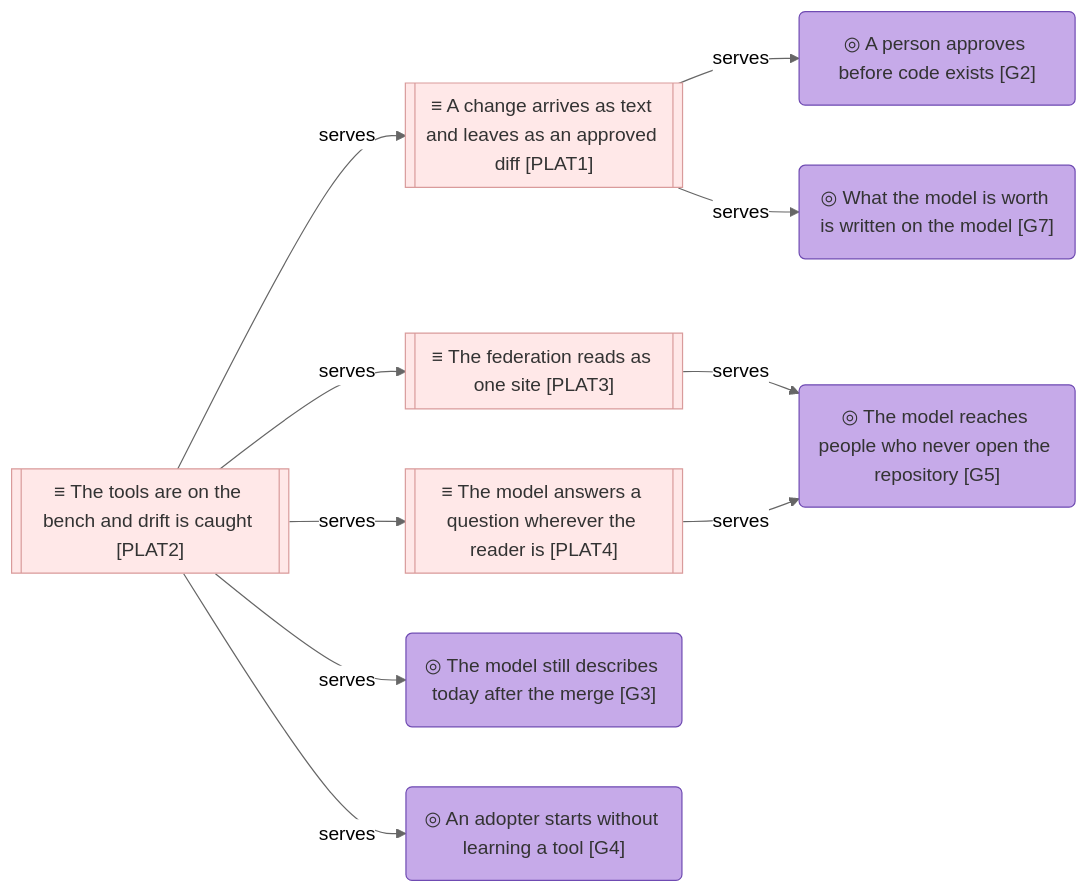
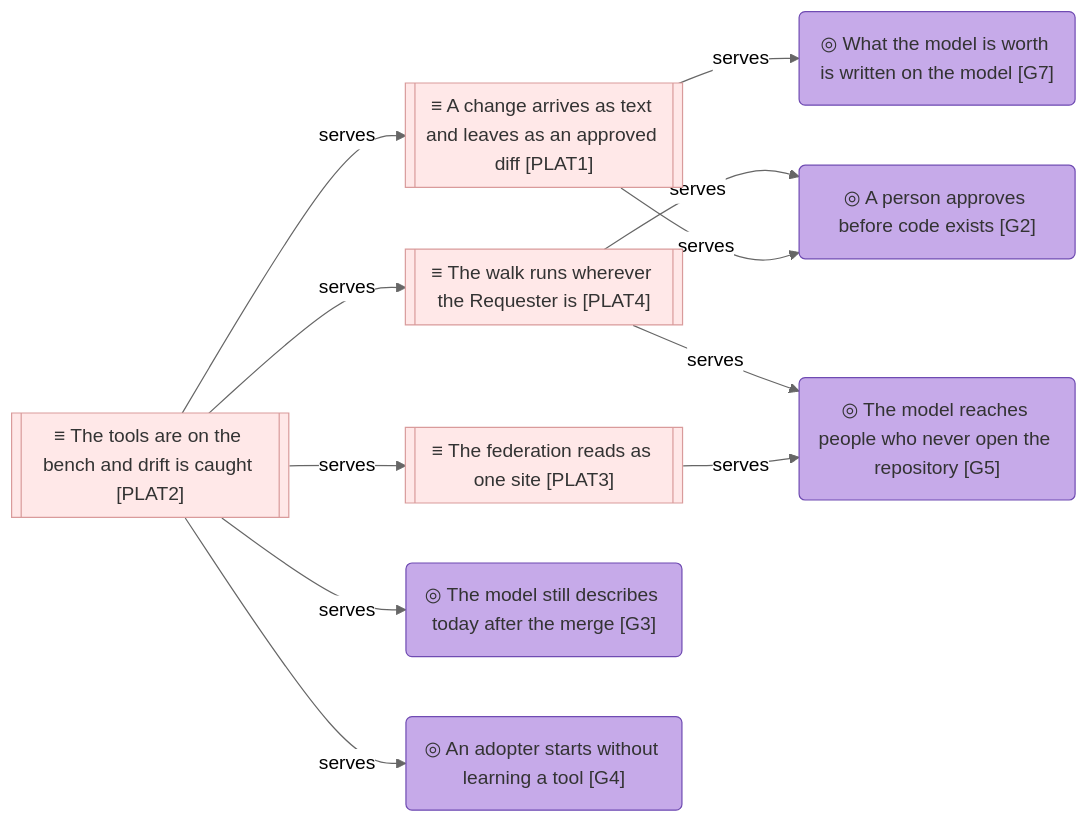
Before and after one commit to roanboc/architecture-archreator: the second of 3 diagrams in product-archreator/architecture/6_transition/1_target-state.md, drawn with Mermaid (neutral theme). The commit also changed other lines of this file and 6 other files, not shown here.

First line of the commit message:
docs: Direction is granted on the roadmap, and the Requester's answers redraw two plateaus

````diff
--- a/product-archreator/architecture/6_transition/1_target-state.md
+++ b/product-archreator/architecture/6_transition/1_target-state.md
@@ -38,26 +38,27 @@
 ```mermaid
 flowchart LR
   p2[["≡ The tools are on the bench and drift is caught [PLAT2]"]]:::plateau
   p1[["≡ A change arrives as text and leaves as an approved diff [PLAT1]"]]:::plateau
   p3[["≡ The federation reads as one site [PLAT3]"]]:::plateau
-  p4[["≡ The model answers a question wherever the reader is [PLAT4]"]]:::plateau
+  p4[["≡ The walk runs wherever the Requester is [PLAT4]"]]:::plateau
 
   g2("◎ A person approves before code exists [G2]"):::goal
   g3("◎ The model still describes today after the merge [G3]"):::goal
   g4("◎ An adopter starts without learning a tool [G4]"):::goal
   g5("◎ The model reaches people who never open the repository [G5]"):::goal
   g7("◎ What the model is worth is written on the model [G7]"):::goal
 
   p2 -->|serves| p1
   p2 -->|serves| p3
   p2 -->|serves| p4
   p1 -->|serves| g2
   p1 -->|serves| g7
   p2 -->|serves| g3
   p2 -->|serves| g4
   p3 -->|serves| g5
   p4 -->|serves| g5
+  p4 -->|serves| g2
 
   classDef plateau fill:#ffe8e8,stroke:#d99b9b,color:#333
   classDef goal fill:#c6aae9,stroke:#6f4bb2,color:#333
 ```
````
